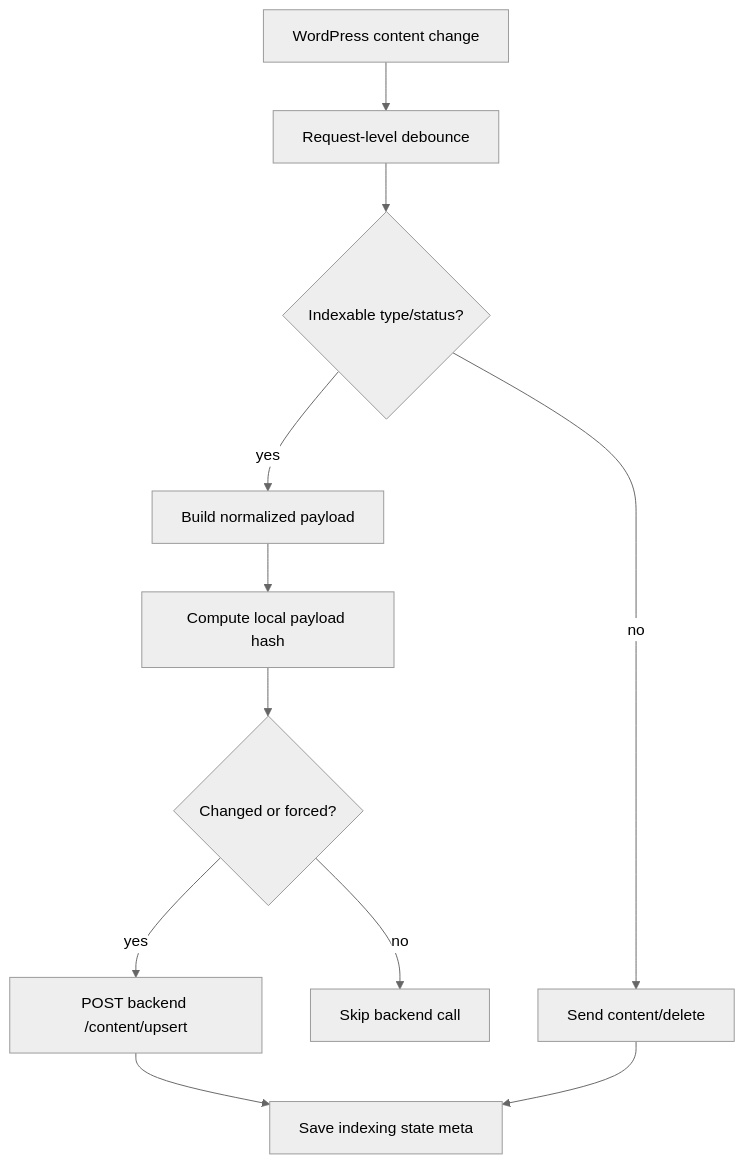
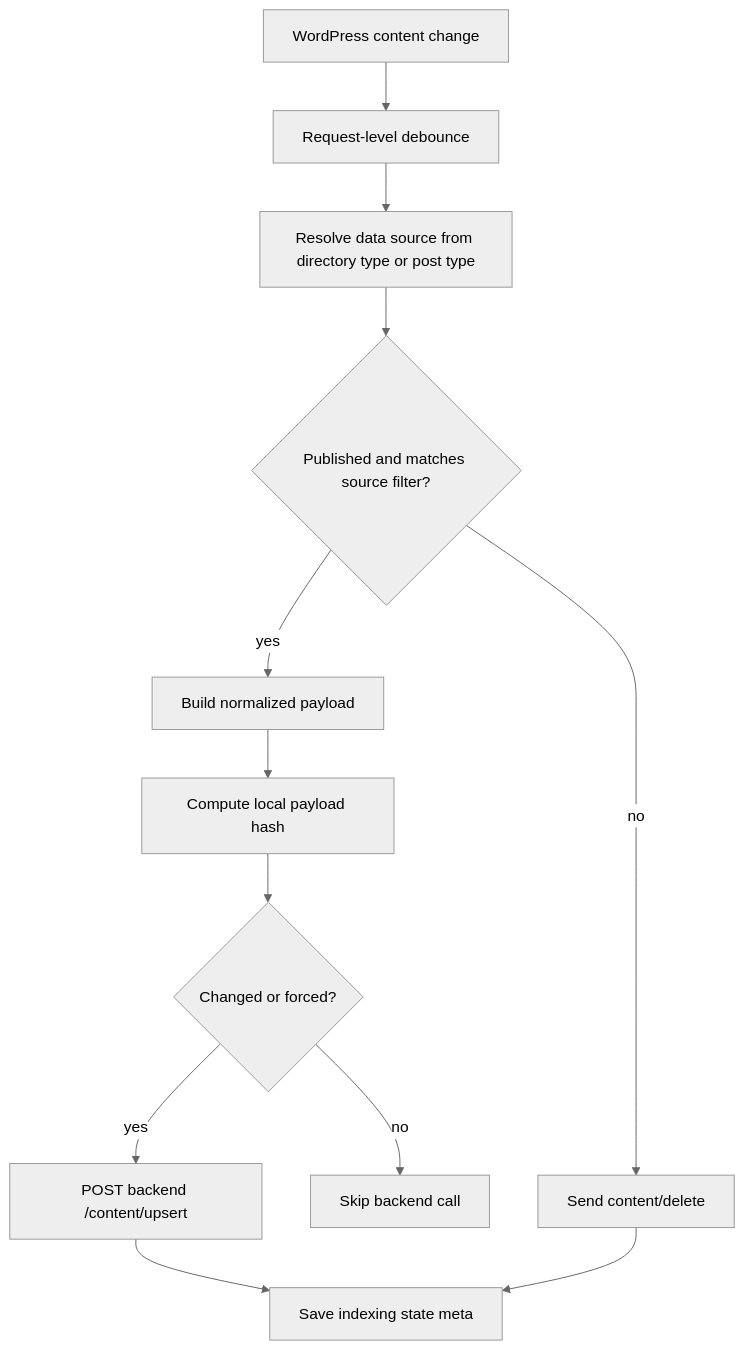
One commit to sovware/ask-sunny-docs changed the fourth of 4 diagrams in plugin/WP_PLUGIN_ARCHITECTURE.md. Above: the diagram before and after it, drawn with Mermaid (neutral theme). The commit also changed other lines of this file and 9 other files, not shown here.

````diff
--- a/plugin/WP_PLUGIN_ARCHITECTURE.md
+++ b/plugin/WP_PLUGIN_ARCHITECTURE.md
@@ -276,13 +290,14 @@
 ```mermaid
 flowchart TD
   Change[WordPress content change] --> Debounce[Request-level debounce]
-  Debounce --> Eligible{Indexable type/status?}
+  Debounce --> Source[Resolve data source from directory type or post type]
+  Source --> Eligible{Published and matches source filter?}
   Eligible -- no --> Delete[Send content/delete]
   Eligible -- yes --> Payload[Build normalized payload]
   Payload --> Hash[Compute local payload hash]
   Hash --> Changed{Changed or forced?}
   Changed -- no --> Skip[Skip backend call]
   Changed -- yes --> API[POST backend /content/upsert]
   API --> Meta[Save indexing state meta]
   Delete --> Meta
 ```
````
